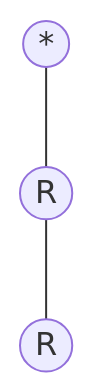
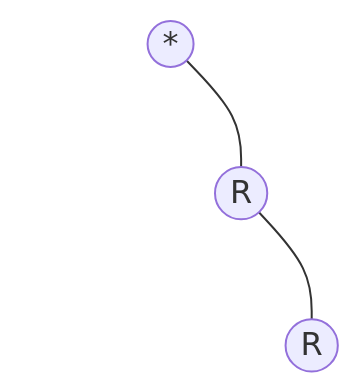
The fifth of 29 diagrams in algorithm/document/tree/binary_tree.md (Leoliu83/chapter2), drawn with Mermaid before and after one commit. The commit also changed other lines of this file and 41 other files, not shown here.

````diff
--- a/algorithm/document/tree/binary_tree.md
+++ b/algorithm/document/tree/binary_tree.md
@@ -64,7 +75,23 @@
 ```mermaid
 graph TB
 A((*))
 B((R))
 C((R))
-A---B---C
+empty1(( ))
+empty2(( ))
+empty3(( ))
+A---empty1
+A---B
+empty1---empty3
+B---empty2
+B---C
+
+linkStyle 0 stroke:transparent
+style empty1 stroke:transparent,fill:transparent
+
+linkStyle 2 stroke:transparent
+style empty2 stroke:transparent,fill:transparent
+
+linkStyle 3 stroke:transparent
+style empty3 stroke:transparent,fill:transparent
 ```
````
